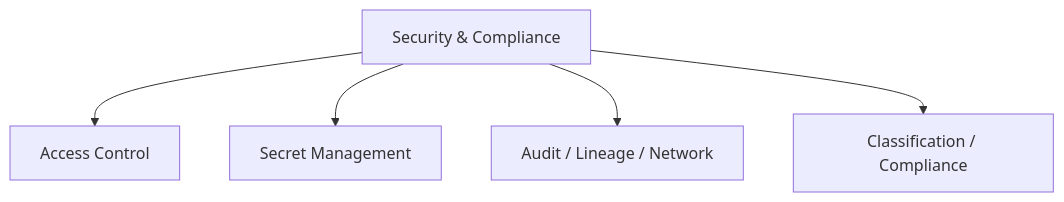
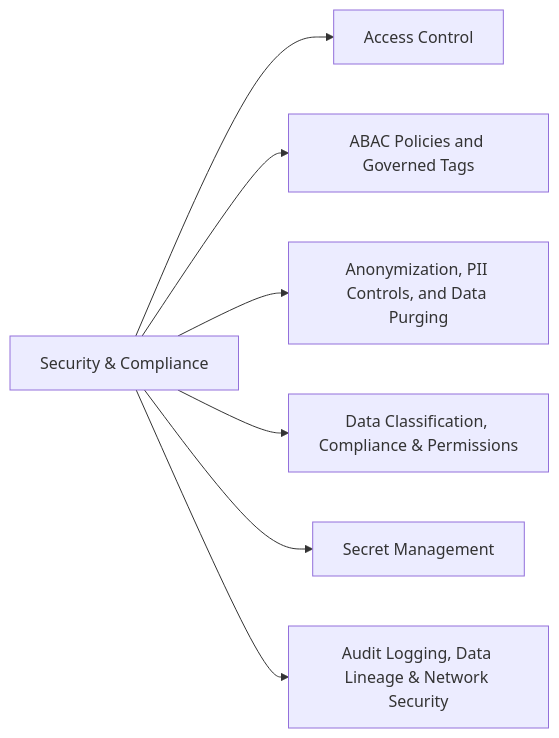
The diagram in certifications/data-engineer-professional/06-ensuring-data-security-and-compliance/README.md (kengio/databricks-certification-study-guide), drawn with Mermaid before and after one commit. The commit also changed other lines of this file and 108 other files, not shown here.

````diff
--- a/certifications/data-engineer-professional/06-ensuring-data-security-and-compliance/README.md
+++ b/certifications/data-engineer-professional/06-ensuring-data-security-and-compliance/README.md
@@ -17,7 +18,10 @@
 ```mermaid
-flowchart TD
-    Sec[Security & Compliance] --> AC[Access Control]
-    Sec --> SM[Secret Management]
-    Sec --> Audit[Audit / Lineage / Network]
-    Sec --> Class[Classification / Compliance]
+flowchart LR
+    D[Security & Compliance]
+    D --> T1["Access Control"]
+    D --> T2["ABAC Policies and Governed Tags"]
+    D --> T3["Anonymization, PII Controls, and Data Purging"]
+    D --> T4["Data Classification, Compliance & Permissions"]
+    D --> T5["Secret Management"]
+    D --> T6["Audit Logging, Data Lineage & Network Security"]
 ```
````
